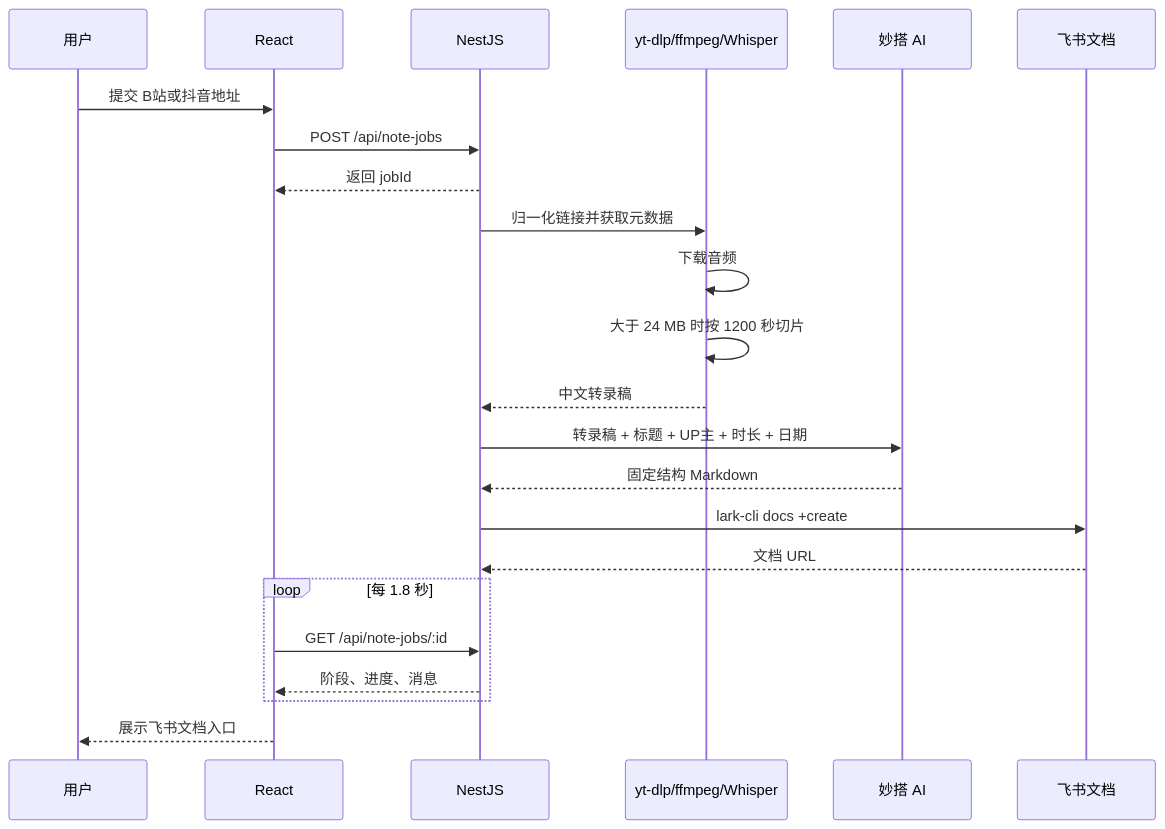
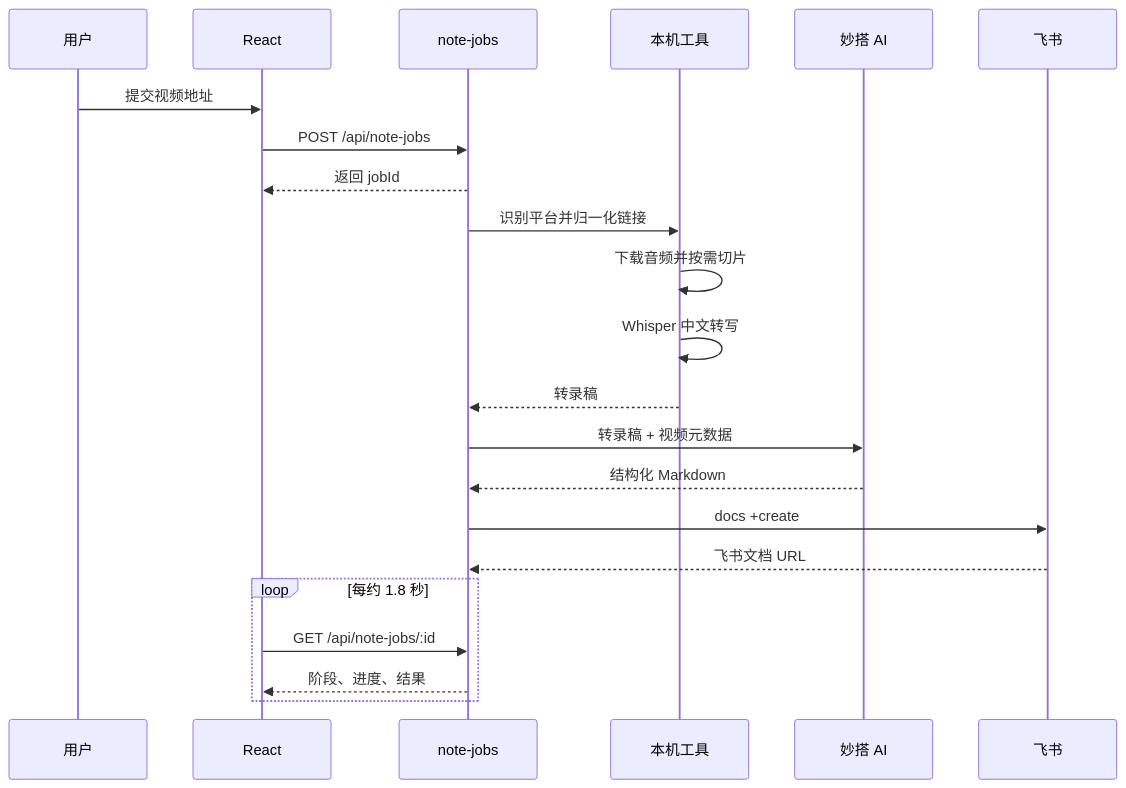
One commit to guangquan123/media-notes-workbench changed the third of 4 diagrams in docs/PROJECT_GUIDE.md. Above: the diagram before and after it, drawn with Mermaid. The commit also changed other lines of this file and 4 other files, not shown here.

````diff
--- a/docs/PROJECT_GUIDE.md
+++ b/docs/PROJECT_GUIDE.md
@@ -234,26 +132,25 @@
 ```mermaid
 sequenceDiagram
     participant User as 用户
     participant Web as React
-    participant API as NestJS
-    participant Local as yt-dlp/ffmpeg/Whisper
+    participant API as note-jobs
+    participant Local as 本机工具
     participant AI as 妙搭 AI
-    participant Lark as 飞书文档
+    participant Lark as 飞书
 
-    User->>Web: 提交 B站或抖音地址
+    User->>Web: 提交视频地址
     Web->>API: POST /api/note-jobs
     API-->>Web: 返回 jobId
-    API->>Local: 归一化链接并获取元数据
-    Local->>Local: 下载音频
-    Local->>Local: 大于 24 MB 时按 1200 秒切片
-    Local-->>API: 中文转录稿
-    API->>AI: 转录稿 + 标题 + UP主 + 时长 + 日期
-    AI-->>API: 固定结构 Markdown
-    API->>Lark: lark-cli docs +create
-    Lark-->>API: 文档 URL
-    loop 每 1.8 秒
+    API->>Local: 识别平台并归一化链接
+    Local->>Local: 下载音频并按需切片
+    Local->>Local: Whisper 中文转写
+    Local-->>API: 转录稿
+    API->>AI: 转录稿 + 视频元数据
+    AI-->>API: 结构化 Markdown
+    API->>Lark: docs +create
+    Lark-->>API: 飞书文档 URL
+    loop 每约 1.8 秒
         Web->>API: GET /api/note-jobs/:id
-        API-->>Web: 阶段、进度、消息
+        API-->>Web: 阶段、进度、结果
     end
-    Web-->>User: 展示飞书文档入口
 ```
````
